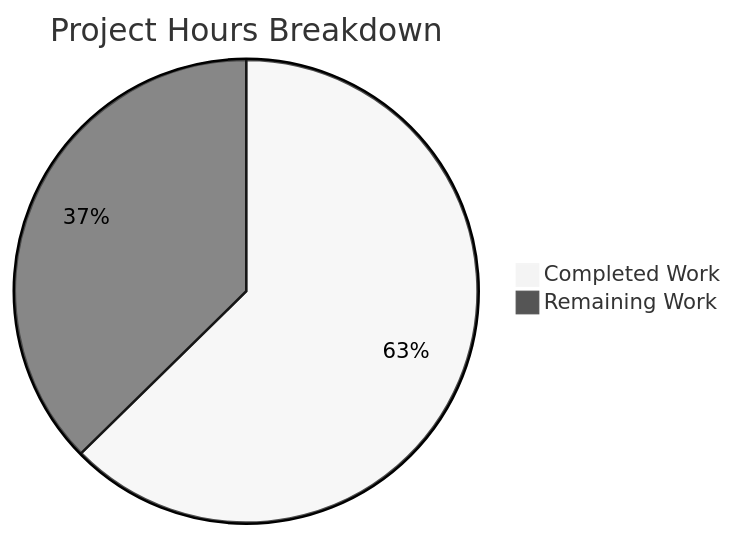
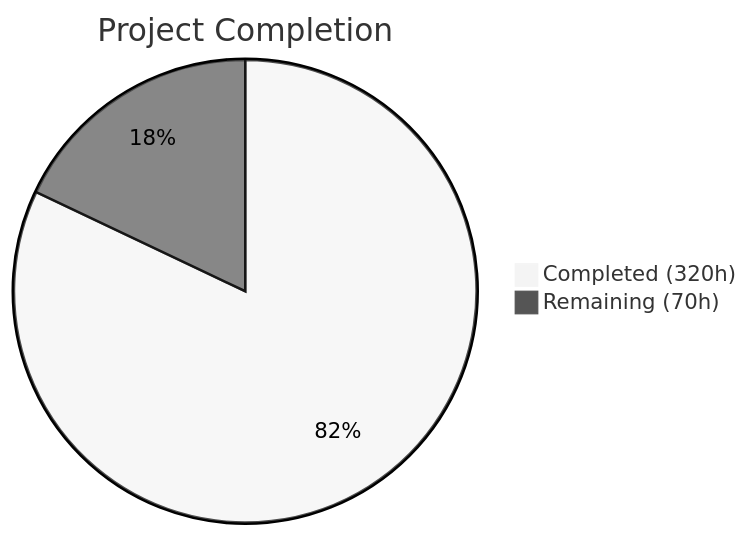
One commit to Blitzy-Sandbox/blitzy-jenkins changed the first of 2 diagrams in blitzy/documentation/Project Guide.md. Above: the diagram before and after it, drawn with Mermaid (neutral theme). The commit also changed other lines of this file, not shown here.

Commit message:
Adding Blitzy Project Guide: Project Status and Human Tasks Remaining

````diff
--- a/blitzy/documentation/Project Guide.md
+++ b/blitzy/documentation/Project Guide.md
@@ -136,5 +13,5 @@
 ```mermaid
-pie title Project Hours Breakdown
-    "Completed Work" : 260
-    "Remaining Work" : 155
+pie title Project Completion
+    "Completed (320h)" : 320
+    "Remaining (70h)" : 70
 ```
````
